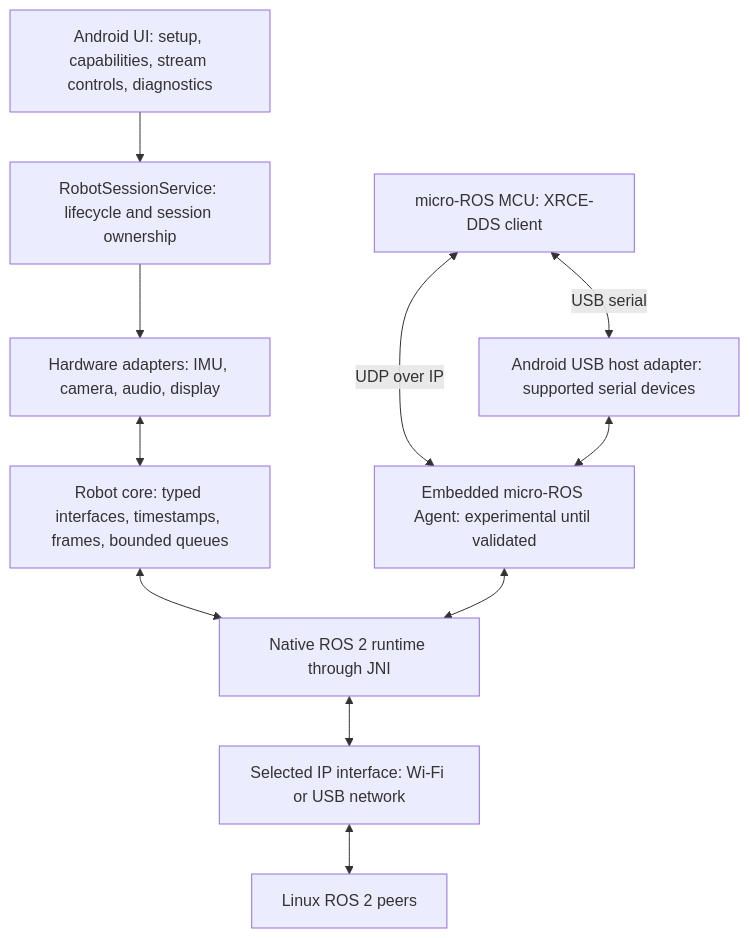
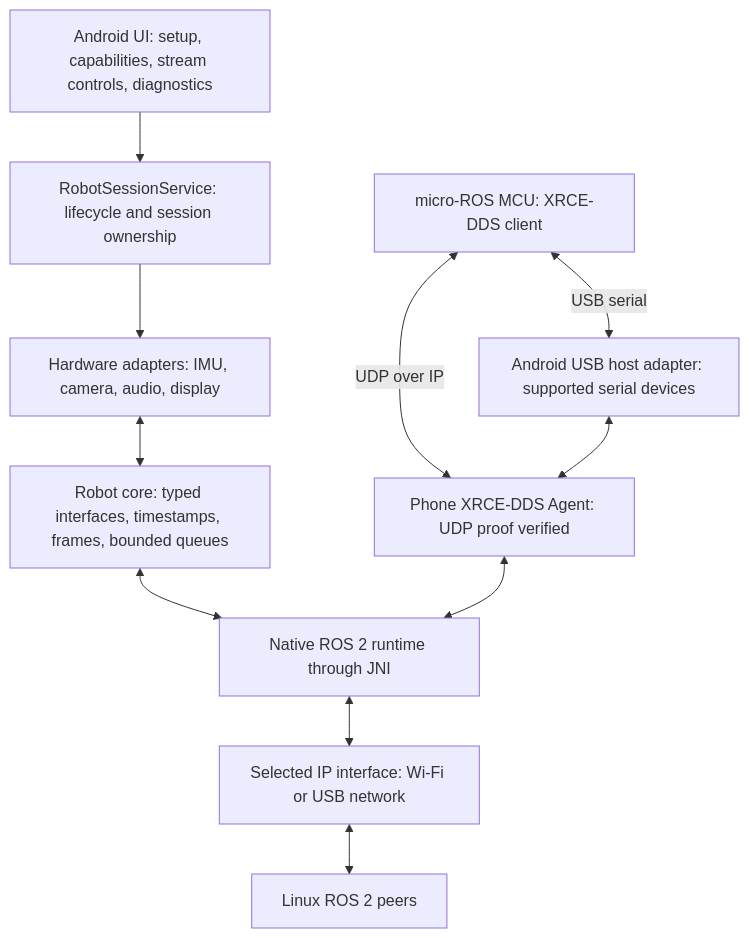
One commit to kishore-saravanan/ros2-android changed the diagram in ARCHITECTURE.md. Above: the diagram before and after it, drawn with Mermaid. The commit also changed other lines of this file and 69 other files, not shown here.

Commit message:
Add Dashboard controls and phone-hosted micro-ROS USB programming

````diff
--- a/ARCHITECTURE.md
+++ b/ARCHITECTURE.md
@@ -45,23 +48,23 @@
 ```mermaid
 flowchart TB
     UI[Android UI: setup, capabilities, stream controls, diagnostics]
     Service[RobotSessionService: lifecycle and session ownership]
     Hardware[Hardware adapters: IMU, camera, audio, display]
     Core[Robot core: typed interfaces, timestamps, frames, bounded queues]
     ROS[Native ROS 2 runtime through JNI]
-    Agent[Embedded micro-ROS Agent: experimental until validated]
+    Agent[Phone XRCE-DDS Agent: UDP proof verified]
     IP[Selected IP interface: Wi-Fi or USB network]
     USB[Android USB host adapter: supported serial devices]
     Linux[Linux ROS 2 peers]
     MCU[micro-ROS MCU: XRCE-DDS client]
     UI --> Service
     Service --> Hardware
     Hardware <--> Core
     Core <--> ROS
     ROS <--> IP
     IP <--> Linux
     Agent <--> ROS
     MCU <-->|UDP over IP| Agent
     MCU <-->|USB serial| USB
     USB <--> Agent
 ```
````
